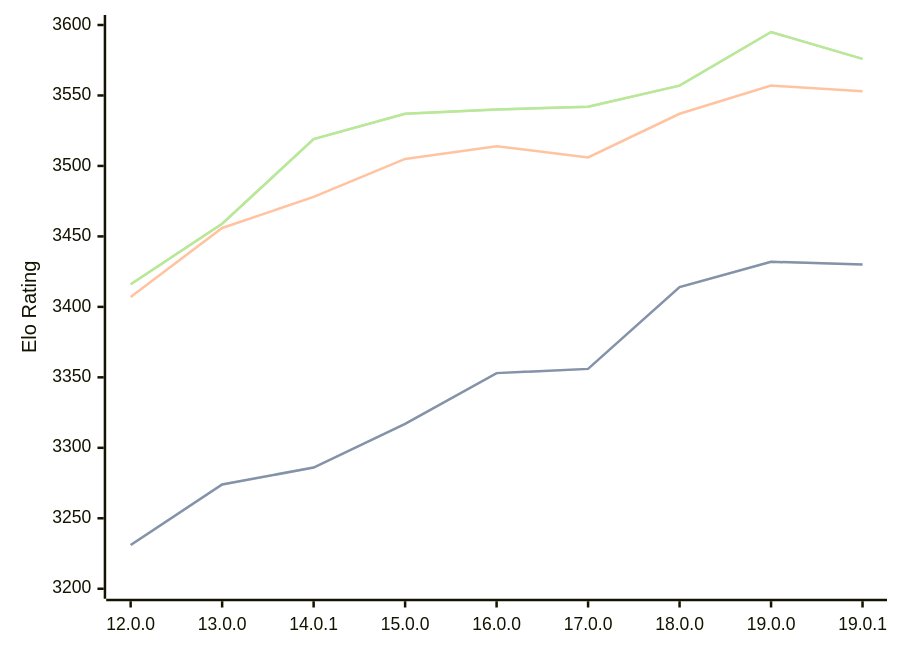
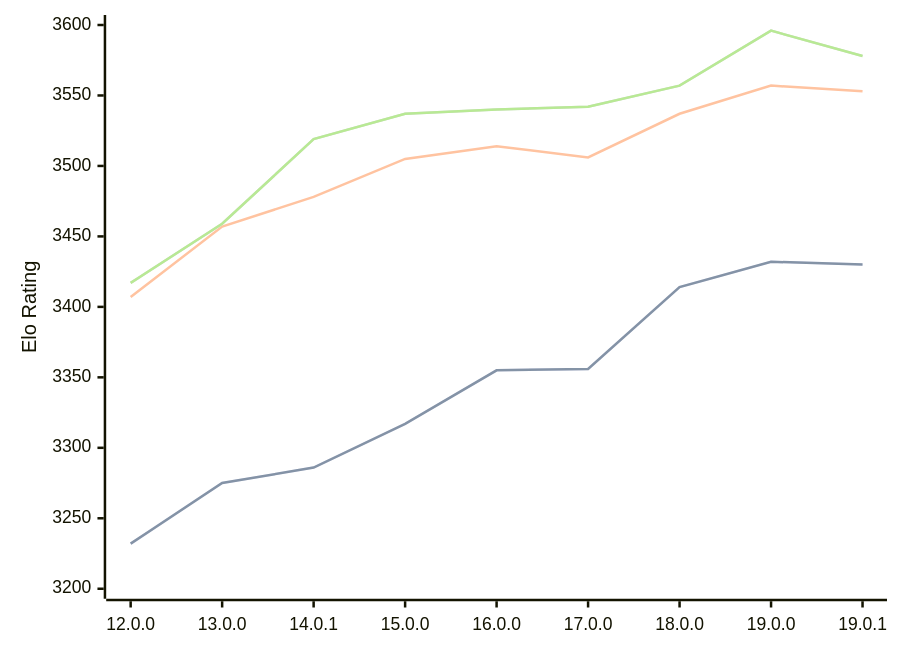
The diagram in engines/Viridithas.md (computer-chess-index/cci), drawn with Mermaid before and after one commit. The commit also changed other lines of this file, not shown here.

Commit message:
Update CCI Ratings (ELO VLTC) - 2026-03-21

````diff
--- a/engines/Viridithas.md
+++ b/engines/Viridithas.md
@@ -63,11 +63,11 @@
 ```mermaid
 %%{init: {"theme":"base","themeVariables":{"seriesColors:['#a3a3a3','#222221','#faa371']}}}%%
 xychart-beta
   x-axis ["12.0.0", "13.0.0", "14.0.1", "15.0.0", "16.0.0", "17.0.0", "18.0.0", "19.0.0", "19.0.1"]
   y-axis "Elo Rating" 3200 --> 3600
-  line "STC (8.0+0.08s)" [3231, 3274, 3286, 3317, 3353, 3356, 3414, 3432, 3430]
-  line "STC (8.0+0.08s)" [3231, 3274, 3286, 3317, 3353, 3356, 3414, 3432, 3430]
-  line "LTC (60.0+0.60s)" [3407, 3456, 3478, 3505, 3514, 3506, 3537, 3557, 3553]
-  line "VLTC (2m24s+1.12s)" [3416, 3459, 3519, 3537, 3540, 3542, 3557, 3595, 3576]
-  line "VLTC (2m24s+1.12s)" [3416, 3459, 3519, 3537, 3540, 3542, 3557, 3595, 3576]
+  line "STC (8.0+0.08s)" [3232, 3275, 3286, 3317, 3355, 3356, 3414, 3432, 3430]
+  line "STC (8.0+0.08s)" [3232, 3275, 3286, 3317, 3355, 3356, 3414, 3432, 3430]
+  line "LTC (60.0+0.60s)" [3407, 3457, 3478, 3505, 3514, 3506, 3537, 3557, 3553]
+  line "VLTC (2m24s+1.12s)" [3417, 3459, 3519, 3537, 3540, 3542, 3557, 3596, 3578]
+  line "VLTC (2m24s+1.12s)" [3417, 3459, 3519, 3537, 3540, 3542, 3557, 3596, 3578]
 ```
````
